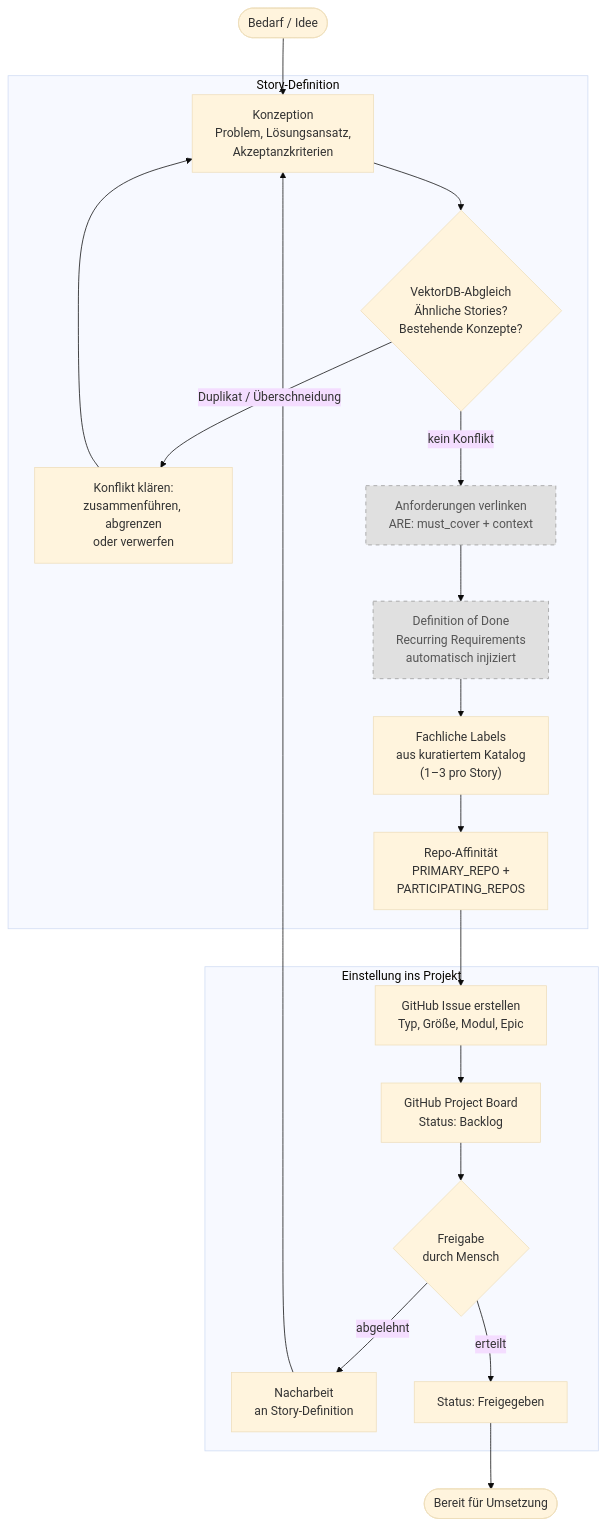
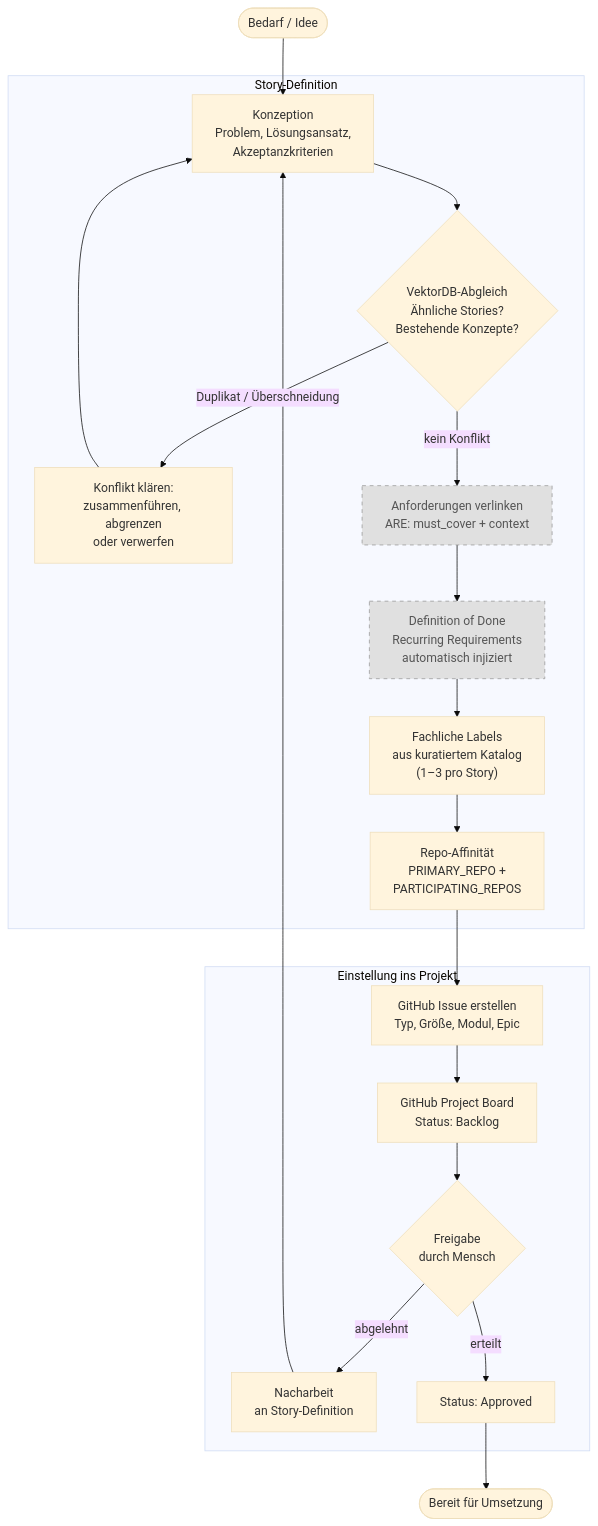
The diagram in concept/domain-design/10-story-lifecycle-und-erstellung.md (saltenhof/claude-agentkit3), drawn with Mermaid (base theme) before and after one commit. The commit also changed other lines of this file and 202 other files, not shown here.

First line of the commit message:
Complete BC architecture cut + boundary_modules + Phase D/E migration

````diff
--- a/concept/domain-design/10-story-lifecycle-und-erstellung.md
+++ b/concept/domain-design/10-story-lifecycle-und-erstellung.md
@@ -66,31 +90,31 @@
 ```mermaid
 flowchart TD
     classDef optional fill:#e0e0e0,stroke:#999,stroke-dasharray: 5 5,color:#555
 
     TRIGGER([Bedarf / Idee]) --> KONZEPT
 
     subgraph DEFINITION [Story-Definition]
         KONZEPT["Konzeption<br/>Problem, Lösungsansatz,<br/>Akzeptanzkriterien"]
         KONZEPT --> VEKTORDB{"VektorDB-Abgleich<br/>Ähnliche Stories?<br/>Bestehende Konzepte?"}
         VEKTORDB -->|Duplikat / Überschneidung| REVIEW_CONFLICT["Konflikt klären:<br/>zusammenführen, abgrenzen<br/>oder verwerfen"]
         REVIEW_CONFLICT --> KONZEPT
         VEKTORDB -->|kein Konflikt| ANFORDERUNGEN
         ANFORDERUNGEN["Anforderungen verlinken<br/>ARE: must_cover + context"]:::optional
         ANFORDERUNGEN --> DOD["Definition of Done<br/>Recurring Requirements<br/>automatisch injiziert"]:::optional
         DOD --> LABELS["Fachliche Labels<br/>aus kuratiertem Katalog<br/>(1–3 pro Story)"]
         LABELS --> REPO_AFF["Repo-Affinität<br/>PRIMARY_REPO +<br/>PARTICIPATING_REPOS"]
     end
 
     REPO_AFF --> GITHUB
 
     subgraph EINSTELLUNG [Einstellung ins Projekt]
         GITHUB["GitHub Issue erstellen<br/>Typ, Größe, Modul, Epic"]
         GITHUB --> PROJECT["GitHub Project Board<br/>Status: Backlog"]
         PROJECT --> FREIGABE{"Freigabe<br/>durch Mensch"}
         FREIGABE -->|abgelehnt| REWORK["Nacharbeit<br/>an Story-Definition"]
         REWORK --> KONZEPT
-        FREIGABE -->|erteilt| APPROVED["Status: Freigegeben"]
+        FREIGABE -->|erteilt| APPROVED["Status: Approved"]
     end
 
     APPROVED --> READY([Bereit für Umsetzung])
 ```
````
